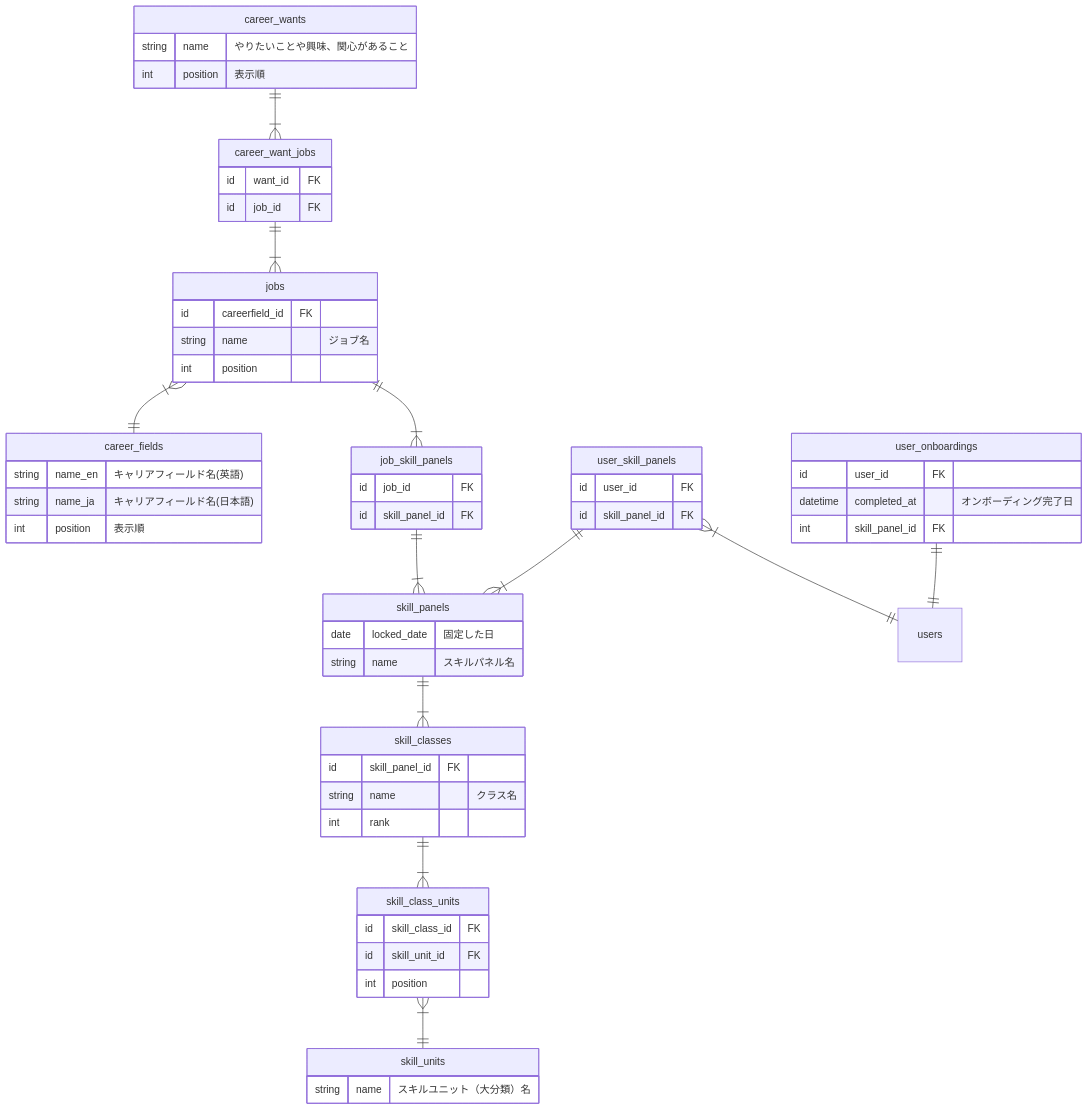
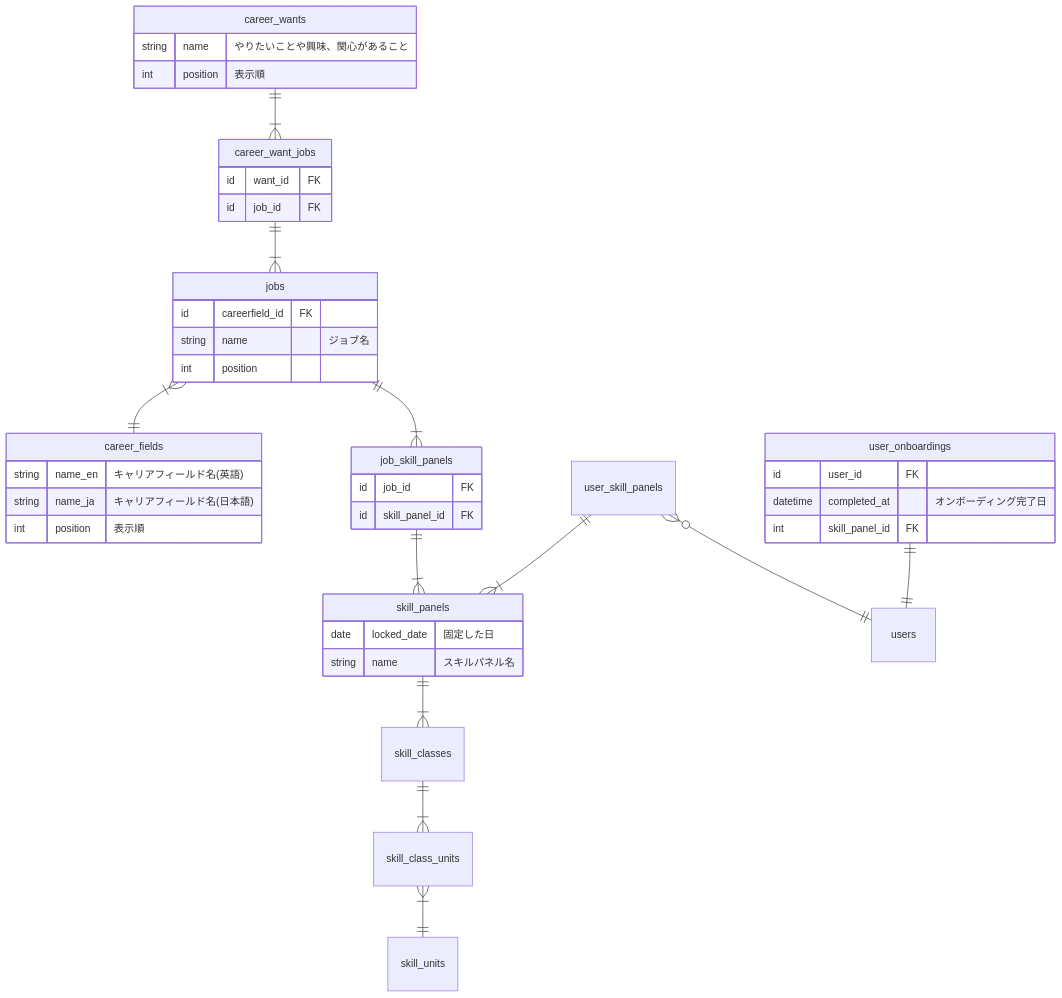
One commit to bright-org/bright changed the diagram in docs/conceptual_schemas/onbordings.md. Above: the diagram before and after it, drawn with Mermaid. The commit also changed other lines of this file, not shown here.

Commit message:
オンボーディングに関わるテーブル定義更新

````diff
--- a/docs/conceptual_schemas/onbordings.md
+++ b/docs/conceptual_schemas/onbordings.md
@@ -22,74 +22,52 @@
 ```mermaid
 erDiagram
   career_wants ||--|{ career_want_jobs : ""
   career_want_jobs ||--|{ jobs : ""
   jobs }|--|| career_fields : ""
   jobs ||--|{ job_skill_panels : ""
   job_skill_panels ||--|{ skill_panels : ""
   user_skill_panels ||--|{ skill_panels : ""
-  user_skill_panels }|--|| users : ""
+  user_skill_panels }o--|| users : ""
   user_onboardings ||--|| users : ""
   skill_panels ||--|{ skill_classes : ""
   skill_classes ||--|{ skill_class_units : ""
   skill_class_units }|--|| skill_units : ""
 
   user_onboardings {
     id user_id FK
     datetime completed_at "オンボーディング完了日"
     int skill_panel_id FK
   }
 
   career_wants {
     string name "やりたいことや興味、関心があること"
     int position "表示順"
   }
 
   career_want_jobs {
     id want_id FK
     id job_id FK
   }
 
   career_fields {
     string name_en "キャリアフィールド名(英語)"
     string name_ja "キャリアフィールド名(日本語)"
     int position "表示順"
   }
 
   jobs {
     id careerfield_id FK
     string name "ジョブ名"
     int position
   }
 
   job_skill_panels {
     id job_id FK
     id skill_panel_id FK
   }
 
   skill_panels {
     date locked_date "固定した日"
     string name "スキルパネル名"
   }
-
-  user_skill_panels {
-    id user_id FK
-    id skill_panel_id FK
-  }
-
-  skill_classes {
-    id skill_panel_id FK
-    string name "クラス名"
-    int rank
-  }
-
-  skill_class_units {
-    id skill_class_id FK
-    id skill_unit_id FK
-    int position
-  }
-
-  skill_units {
-    string name "スキルユニット（大分類）名"
-  }
-
 ```
````
